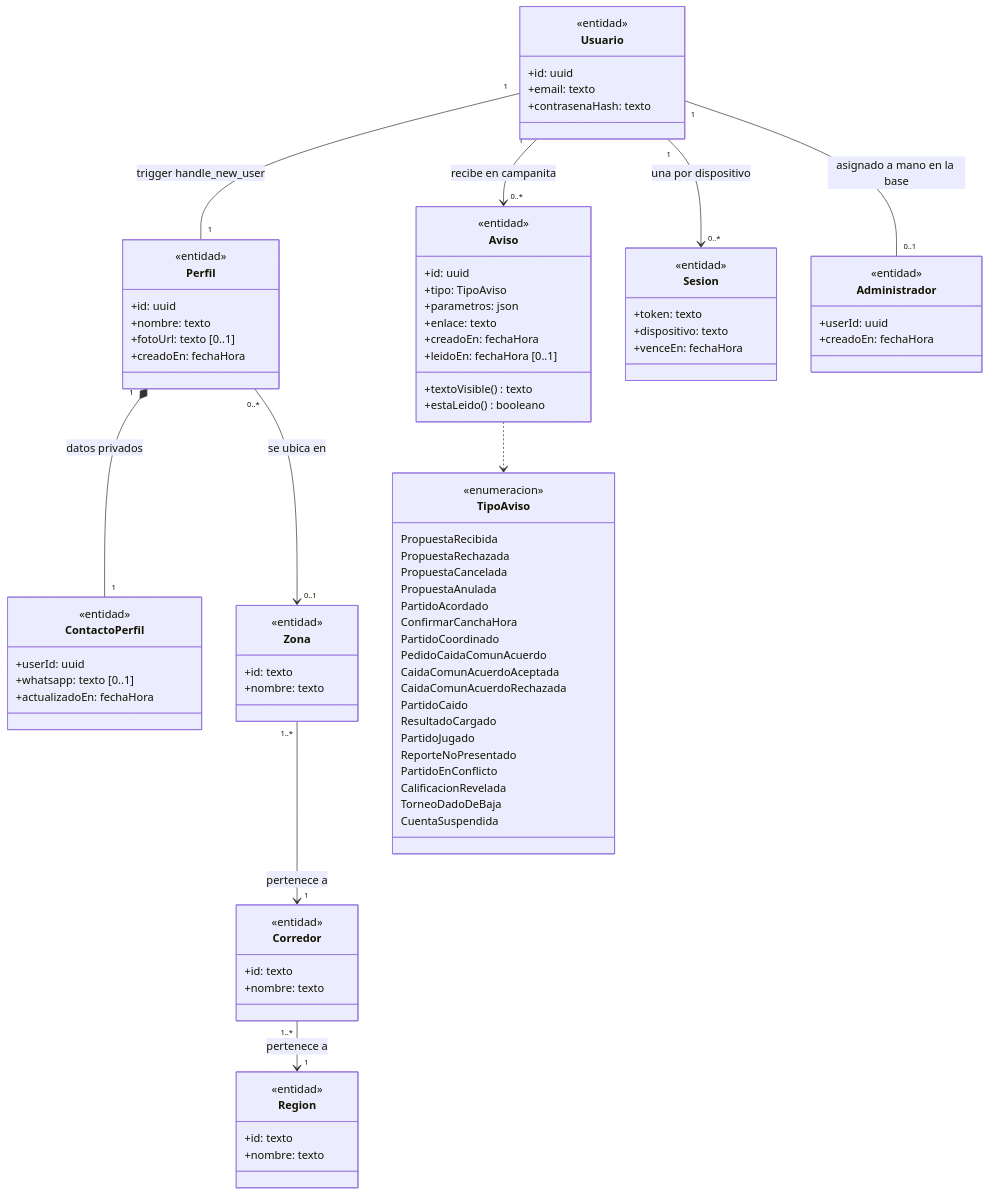
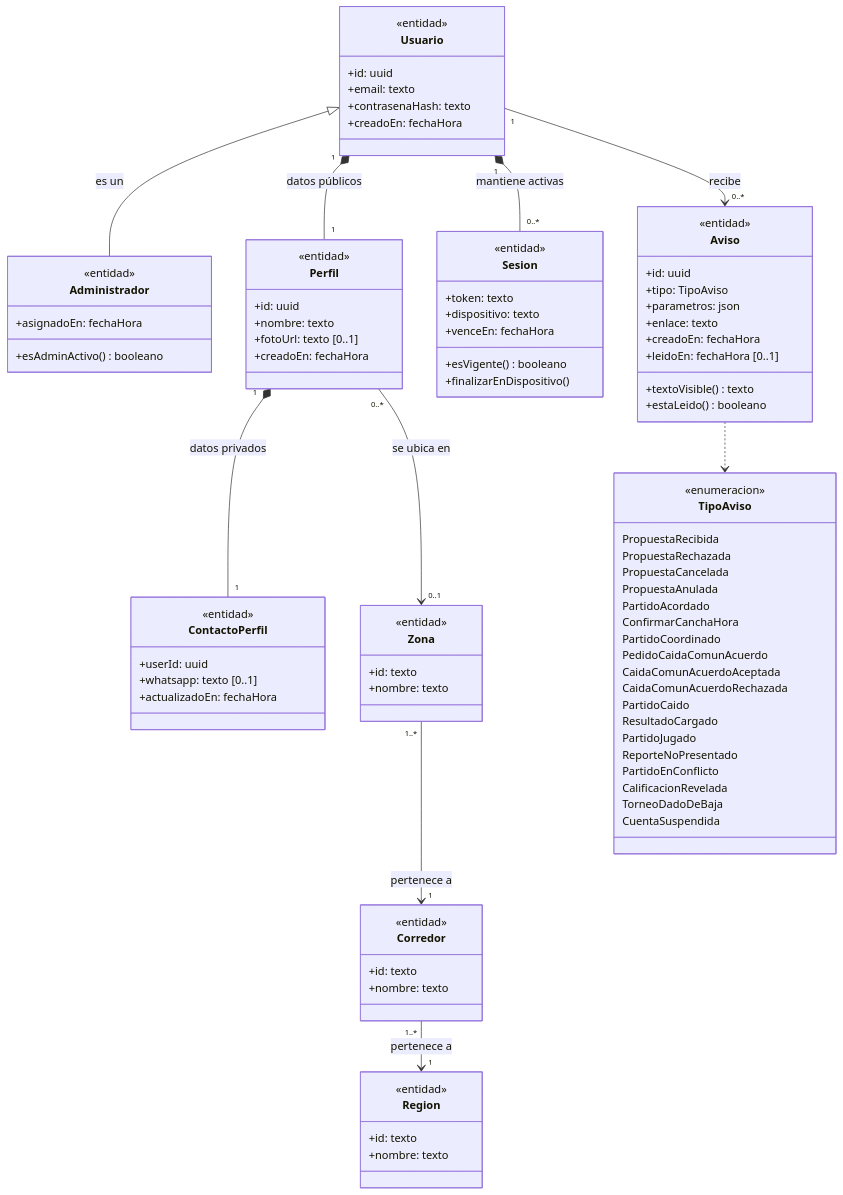
One commit to nicqletal/torneos-scraper changed the first of 7 diagrams in docs/diagramas-de-clase/cuenta-y-acceso.md. Above: the diagram before and after it, drawn with Mermaid. The commit also changed other lines of this file and 12 other files, not shown here.

Commit message:
Correcion Diagramas de Clase

```diff
--- a/docs/diagramas-de-clase/cuenta-y-acceso.md
+++ b/docs/diagramas-de-clase/cuenta-y-acceso.md
@@ -16,6 +17,12 @@
   +id: uuid
   +email: texto
   +contrasenaHash: texto
+  +creadoEn: fechaHora
+}
+class Administrador {
+  <<entidad>>
+  +asignadoEn: fechaHora
+  +esAdminActivo() booleano
 }
 class Perfil {
   <<entidad>>
@@ -30,6 +37,14 @@
   +whatsapp: texto [0..1]
   +actualizadoEn: fechaHora
 }
+class Sesion {
+  <<entidad>>
+  +token: texto
+  +dispositivo: texto
+  +venceEn: fechaHora
+  +esVigente() booleano
+  +finalizarEnDispositivo()
+}
 class Aviso {
   <<entidad>>
   +id: uuid
@@ -40,12 +55,6 @@
   +leidoEn: fechaHora [0..1]
   +textoVisible() texto
   +estaLeido() booleano
-}
-class Sesion {
-  <<entidad>>
-  +token: texto
-  +dispositivo: texto
-  +venceEn: fechaHora
 }
 class Zona {
   <<entidad>>
@@ -61,11 +70,6 @@
   <<entidad>>
   +id: texto
   +nombre: texto
-}
-class Administrador {
-  <<entidad>>
-  +userId: uuid
-  +creadoEn: fechaHora
 }
 class TipoAviso {
   <<enumeracion>>
@@ -88,11 +92,11 @@
   TorneoDadoDeBaja
   CuentaSuspendida
 }
-Usuario "1" -- "1" Perfil : trigger handle_new_user
+Usuario <|-- Administrador : es un
+Usuario "1" *-- "1" Perfil : datos públicos
 Perfil "1" *-- "1" ContactoPerfil : datos privados
-Usuario "1" --> "0..*" Sesion : una por dispositivo
-Usuario "1" --> "0..*" Aviso : recibe en campanita
-Usuario "1" -- "0..1" Administrador : asignado a mano en la base
+Usuario "1" *-- "0..*" Sesion : mantiene activas
+Usuario "1" --> "0..*" Aviso : recibe
 Perfil "0..*" --> "0..1" Zona : se ubica en
 Zona "1..*" --> "1" Corredor : pertenece a
 Corredor "1..*" --> "1" Region : pertenece a
```
